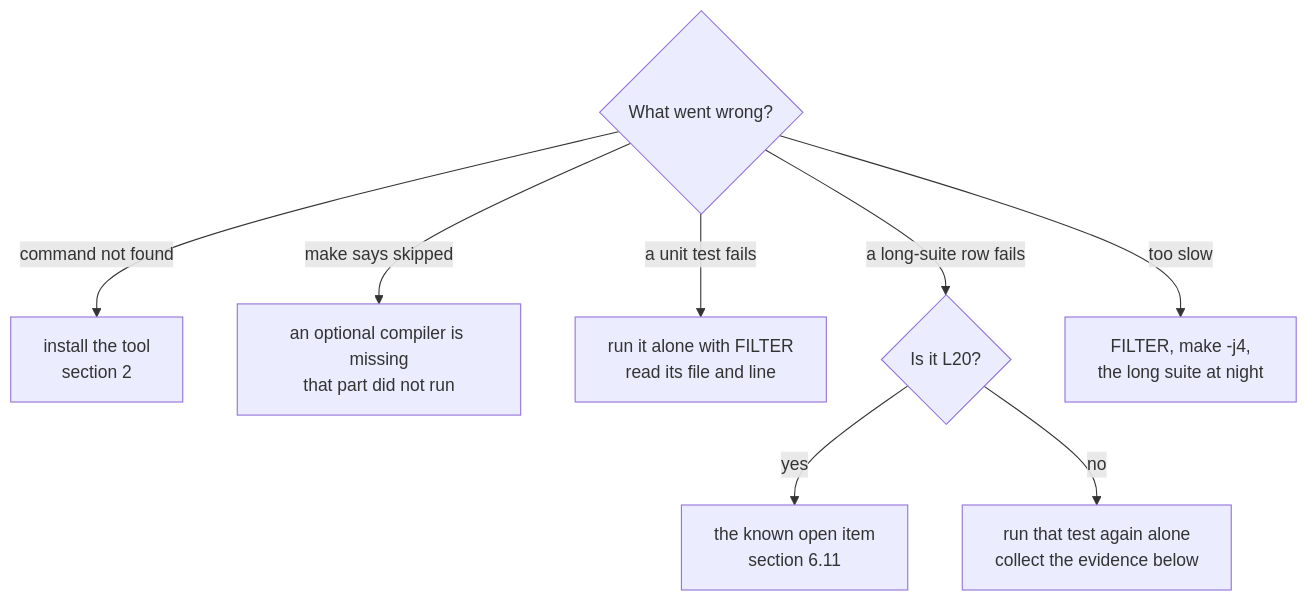
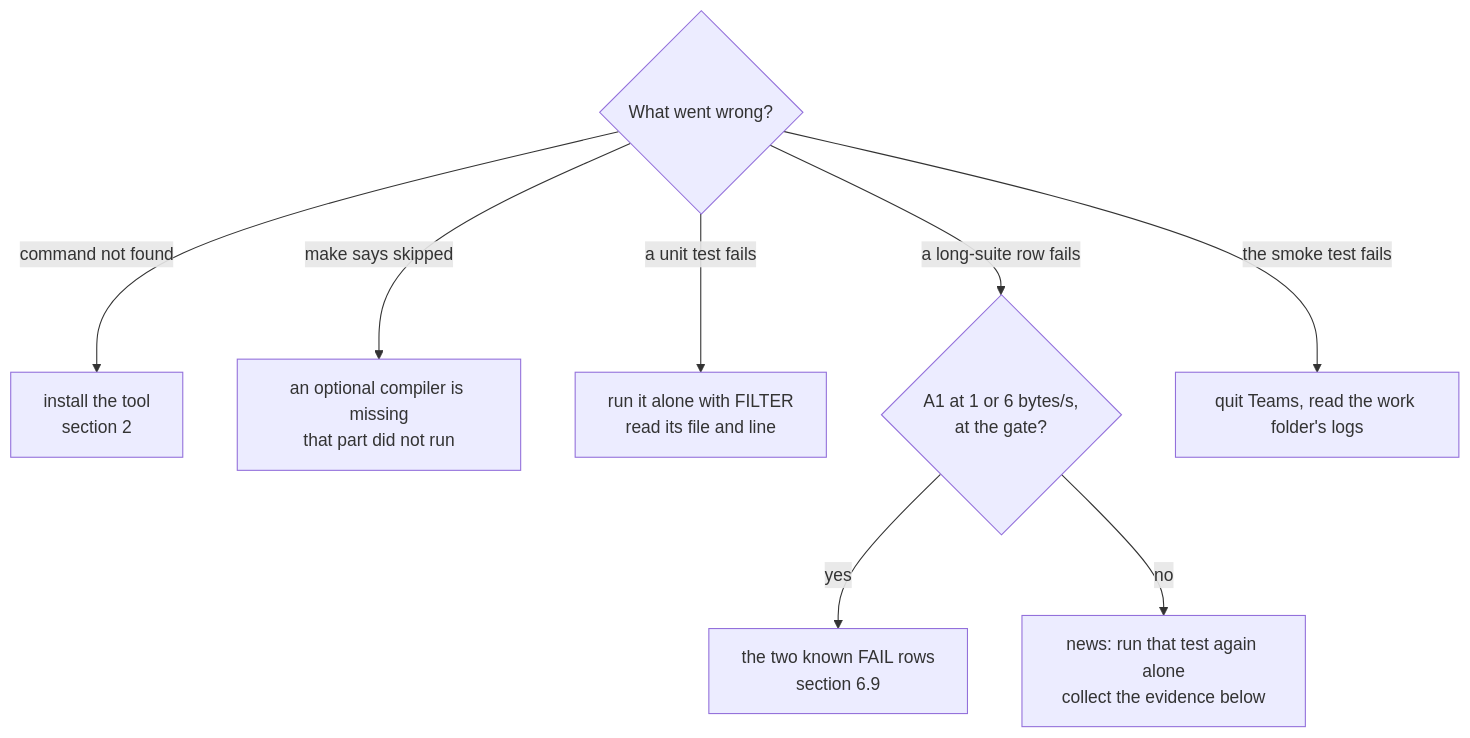
Before and after one commit to solariun/unlimited: the tenth of 10 diagrams in docs/testing.md, drawn with Mermaid. The commit also changed other lines of this file and 76 other files, not shown here.

````diff
--- a/docs/testing.md
+++ b/docs/testing.md
@@ -1865,10 +1473,10 @@
 ```mermaid
 flowchart TD
     p{"What went wrong?"} -->|command not found| t1["install the tool<br/>section 2"]
     p -->|make says skipped| t2["an optional compiler is missing<br/>that part did not run"]
     p -->|a unit test fails| t3["run it alone with FILTER<br/>read its file and line"]
-    p -->|a long-suite row fails| t4{"Is it L20?"}
-    t4 -->|yes| t4a["the known open item<br/>section 6.11"]
-    t4 -->|no| t5["run that test again alone<br/>collect the evidence below"]
-    p -->|too slow| t6["FILTER, make -j4,<br/>the long suite at night"]
+    p -->|a long-suite row fails| t4{"A1 at 1 or 6 bytes/s,<br/>at the gate?"}
+    t4 -->|yes| t4a["the two known FAIL rows<br/>section 6.9"]
+    t4 -->|no| t5["news: run that test again alone<br/>collect the evidence below"]
+    p -->|the smoke test fails| t6["quit Teams, read the work folder's logs"]
 ```
````
